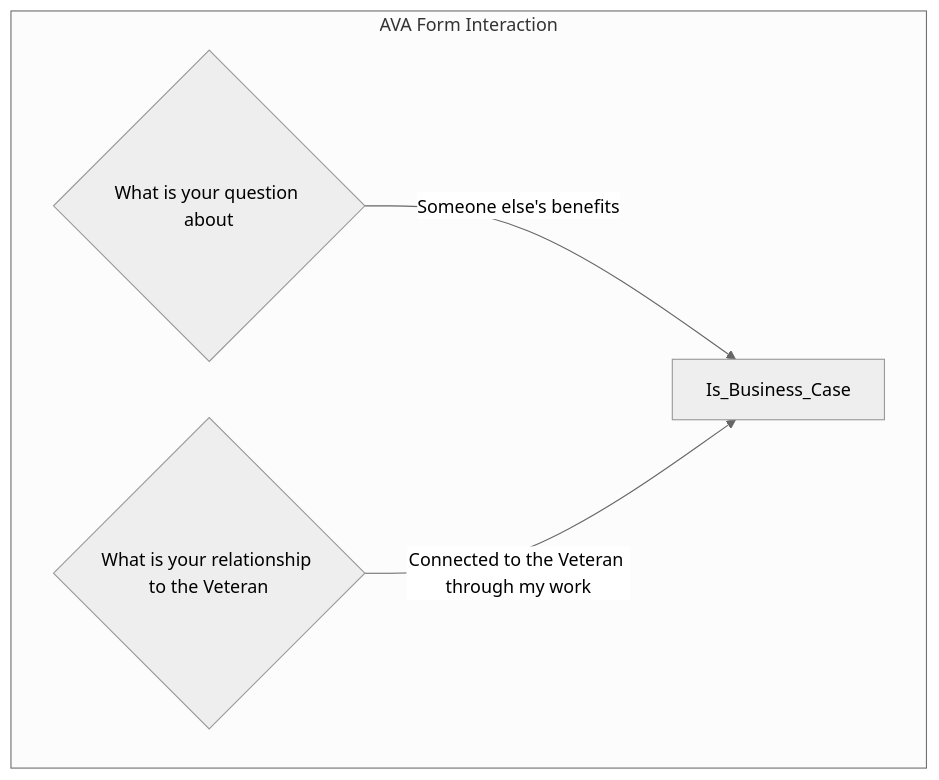
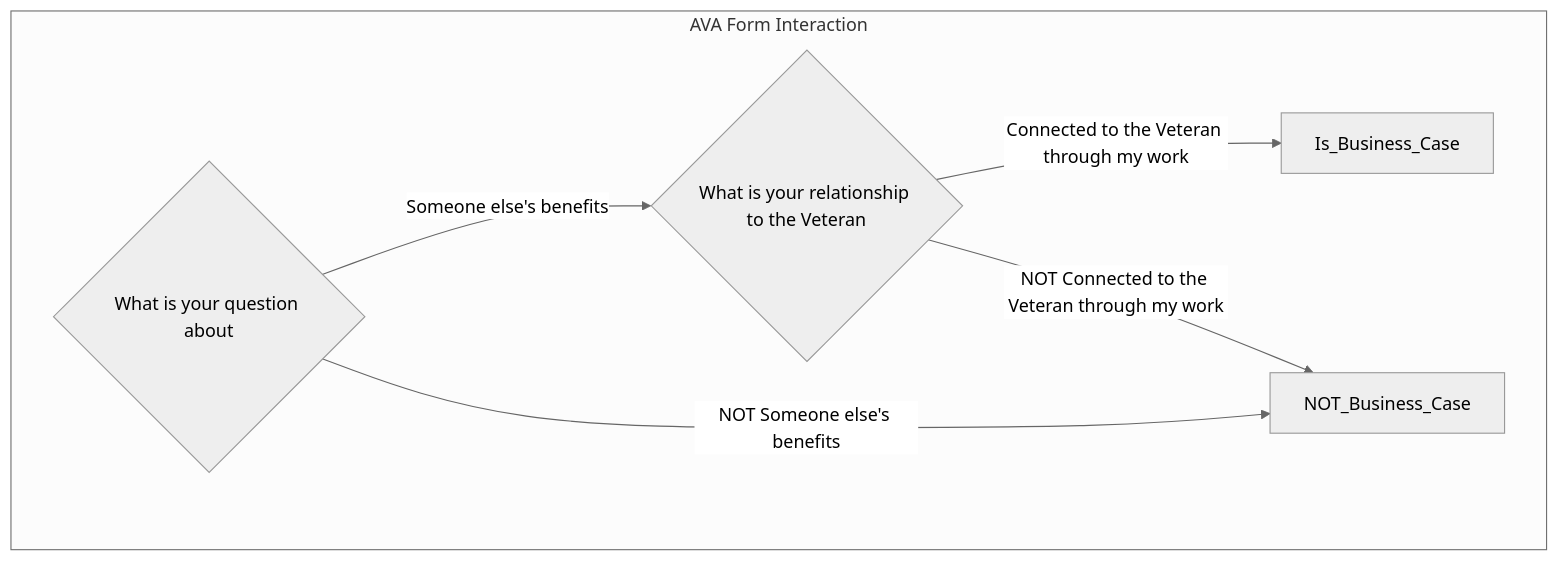
One commit to department-of-veterans-affairs/va.gov-team changed the fifth of 5 diagrams in products/ask-va/integration/va_profile/profile_processes.md. Above: the diagram before and after it, drawn with Mermaid (neutral theme).

````diff
--- a/products/ask-va/integration/va_profile/profile_processes.md
+++ b/products/ask-va/integration/va_profile/profile_processes.md
@@ -117,7 +117,9 @@
 ```mermaid
 flowchart TB
     subgraph AVA Form Interaction
-    question1{What is your question about}-->|Someone else's benefits|Is_Business_Case
+    question1{What is your question about}-->|Someone else's benefits|question2{What is your relationship to the Veteran}
     question2{What is your relationship to the Veteran}-->|Connected to the Veteran through my work|Is_Business_Case
+    question1{What is your question about}-->|NOT Someone else's benefits|NOT_Business_Case
+    question2{What is your relationship to the Veteran}-->|NOT Connected to the Veteran through my work|NOT_Business_Case
     end
 ```
````
